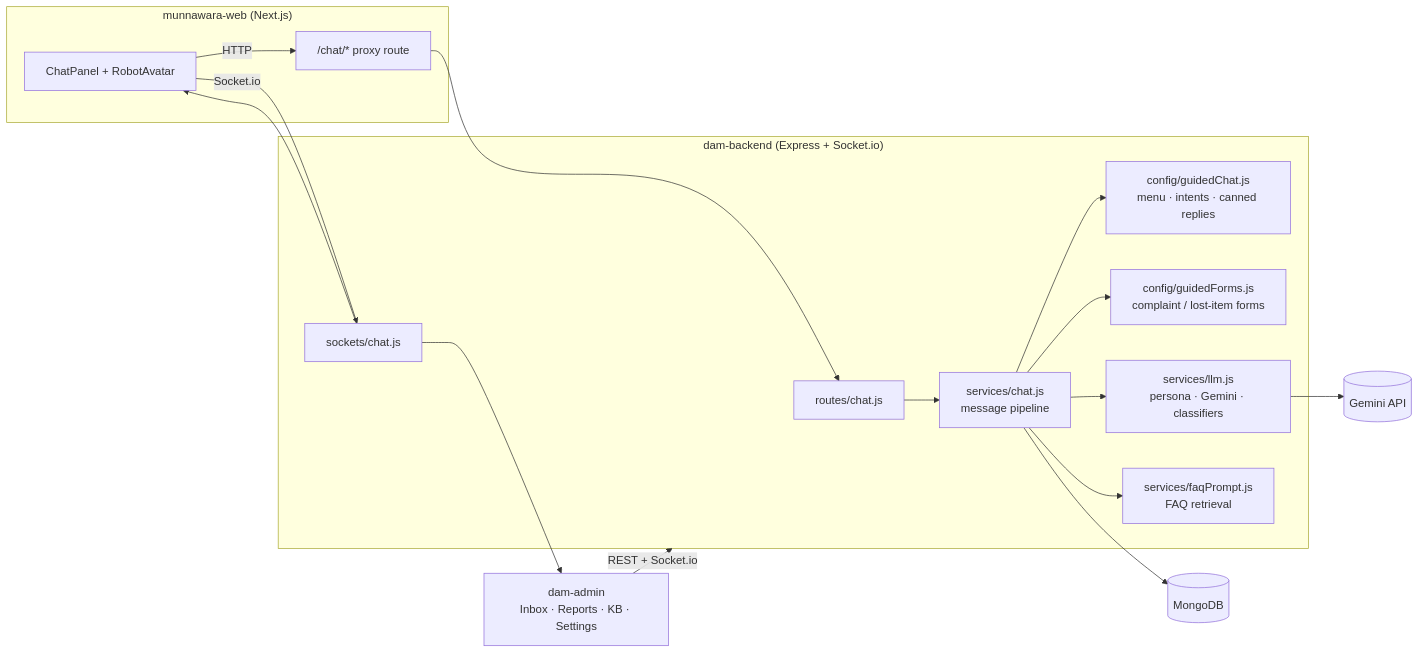
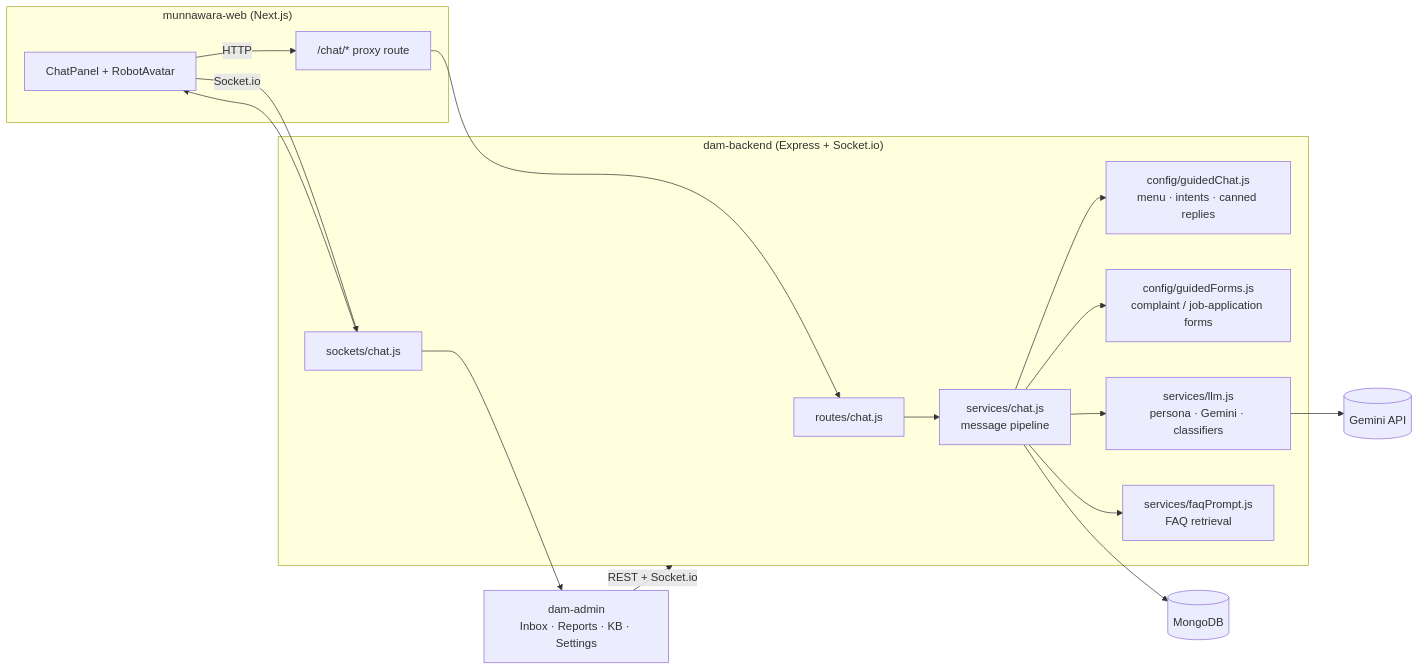
Before and after one commit to youssefescobar/dam-backend: the first of 2 diagrams in docs/AI-CHATBOT.md, drawn with Mermaid. The commit also changed other lines of this file and 12 other files, not shown here.

First line of the commit message:
Chat: Careers button with CV upload, optional complaint photo, drop the lost-item form

````diff
--- a/docs/AI-CHATBOT.md
+++ b/docs/AI-CHATBOT.md
@@ -47,28 +47,28 @@
 ```mermaid
 flowchart LR
   subgraph Website["munnawara-web (Next.js)"]
     UI[ChatPanel + RobotAvatar]
     Proxy["/chat/* proxy route"]
   end
   subgraph API["dam-backend (Express + Socket.io)"]
     R[routes/chat.js]
     S[services/chat.js<br/>message pipeline]
     G[config/guidedChat.js<br/>menu · intents · canned replies]
-    F[config/guidedForms.js<br/>complaint / lost-item forms]
+    F[config/guidedForms.js<br/>complaint / job-application forms]
     L[services/llm.js<br/>persona · Gemini · classifiers]
     K[services/faqPrompt.js<br/>FAQ retrieval]
     SK[sockets/chat.js]
   end
   DB[(MongoDB)]
   Gem[(Gemini API)]
   Admin[dam-admin<br/>Inbox · Reports · KB · Settings]
 
   UI -- HTTP --> Proxy --> R --> S
   UI -- Socket.io --> SK
   S --> G & F & L & K
   L --> Gem
   S --> DB
   SK --> UI
   SK --> Admin
   Admin -- REST + Socket.io --> API
 ```
````
